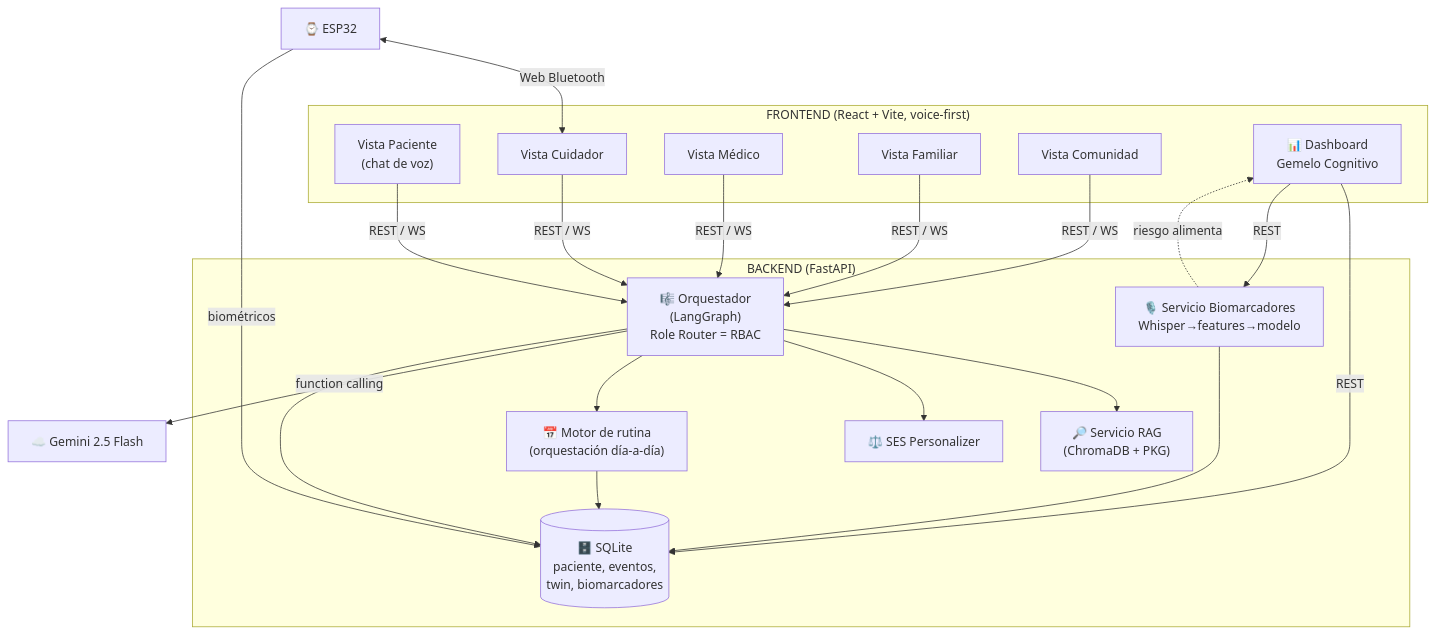
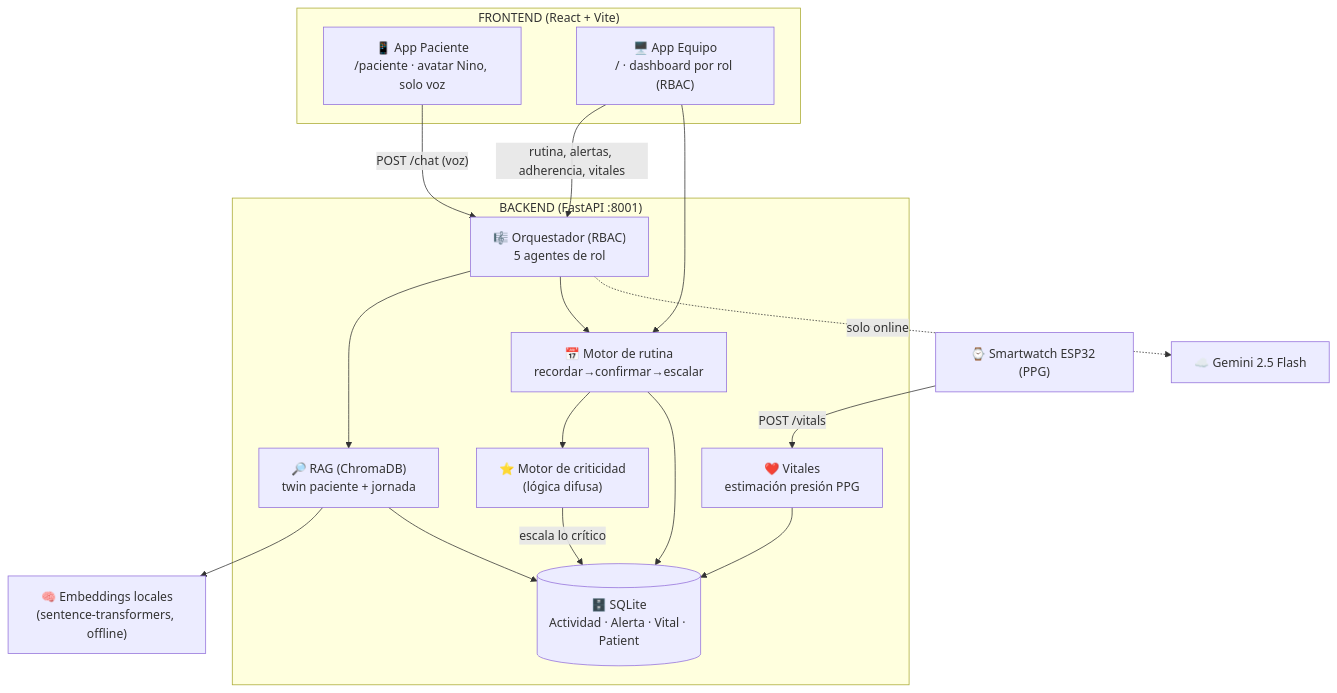
Before and after one commit to AUntiveros/hackathon_javeriana_2026_G5: the second of 8 diagrams in docs/diagrams/arquitectura.md, drawn with Mermaid. The commit also changed other lines of this file, not shown here.

First line of the commit message:
Actualizar diagramas al alcance vigente (post-pivote)

````diff
--- a/docs/diagrams/arquitectura.md
+++ b/docs/diagrams/arquitectura.md
@@ -44,37 +49,33 @@
 ```mermaid
 graph TB
-    subgraph Front["FRONTEND (React + Vite, voice-first)"]
-        UIP["Vista Paciente<br/>(chat de voz)"]
-        UIC["Vista Cuidador"]
-        UIM["Vista Médico"]
-        UIF["Vista Familiar"]
-        UICom["Vista Comunidad"]
-        DASH["📊 Dashboard<br/>Gemelo Cognitivo"]
+    subgraph Front["FRONTEND (React + Vite)"]
+        AP["📱 App Paciente<br/>/paciente · avatar Nino, solo voz"]
+        AE["🖥️ App Equipo<br/>/ · dashboard por rol (RBAC)"]
     end
 
-    subgraph Back["BACKEND (FastAPI)"]
-        ORQ["🎼 Orquestador<br/>(LangGraph)<br/>Role Router = RBAC"]
-        RAG["🔎 Servicio RAG<br/>(ChromaDB + PKG)"]
-        SES["⚖️ SES Personalizer"]
-        RUT["📅 Motor de rutina<br/>(orquestación día-a-día)"]
-        BIO["🎙️ Servicio Biomarcadores<br/>Whisper→features→modelo"]
-        DB[("🗄️ SQLite<br/>paciente, eventos,<br/>twin, biomarcadores")]
+    subgraph Back["BACKEND (FastAPI :8001)"]
+        ORQ["🎼 Orquestador (RBAC)<br/>5 agentes de rol"]
+        CRIT["⭐ Motor de criticidad<br/>(lógica difusa)"]
+        RUT["📅 Motor de rutina<br/>recordar→confirmar→escalar"]
+        RAG["🔎 RAG (ChromaDB)<br/>twin paciente + jornada"]
+        VIT["❤️ Vitales<br/>estimación presión PPG"]
+        DB[("🗄️ SQLite<br/>Actividad · Alerta · Vital · Patient")]
     end
 
     GEM["☁️ Gemini 2.5 Flash"]
-    HW["⌚ ESP32"]
+    EMB["🧠 Embeddings locales<br/>(sentence-transformers, offline)"]
+    SW["⌚ Smartwatch ESP32 (PPG)"]
 
-    UIP & UIC & UIM & UIF & UICom -->|REST / WS| ORQ
-    DASH -->|REST| DB
-    DASH -->|REST| BIO
+    AP -->|"POST /chat (voz)"| ORQ
+    AE -->|"rutina, alertas, adherencia, vitales"| ORQ
+    AE --> RUT
     ORQ --> RAG
-    ORQ --> SES
     ORQ --> RUT
-    ORQ -->|function calling| GEM
-    ORQ --> DB
+    RUT --> CRIT
+    CRIT -->|escala lo crítico| DB
     RUT --> DB
-    BIO --> DB
-    BIO -.->|riesgo alimenta| DASH
-    HW <-->|Web Bluetooth| UIC
-    HW -->|biométricos| DB
+    RAG --> EMB
+    ORQ -.->|solo online| GEM
+    SW -->|"POST /vitals"| VIT --> DB
+    RAG --> DB
 ```
````
